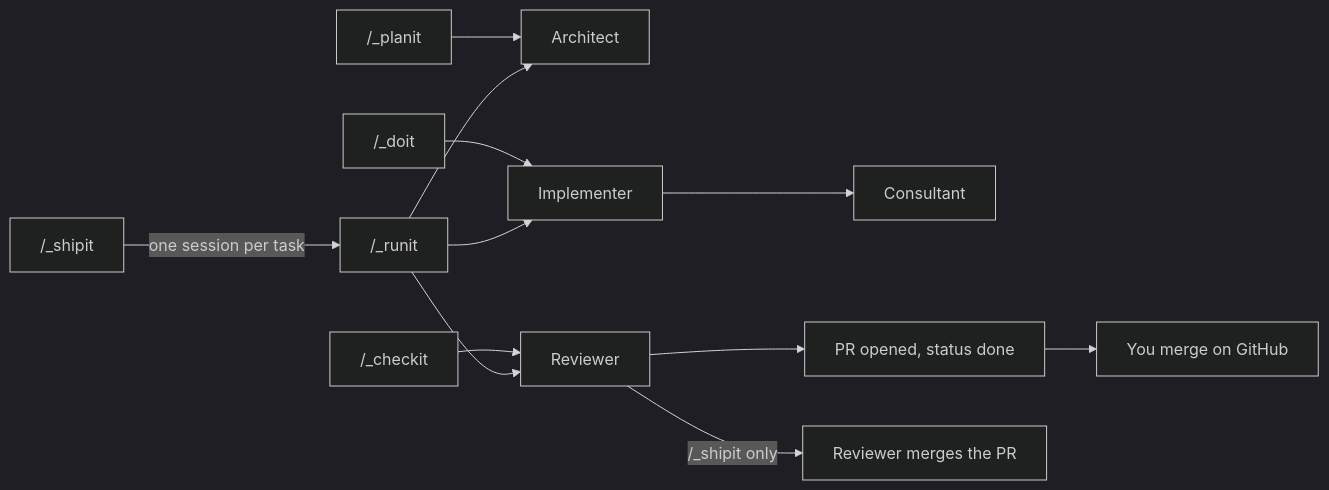
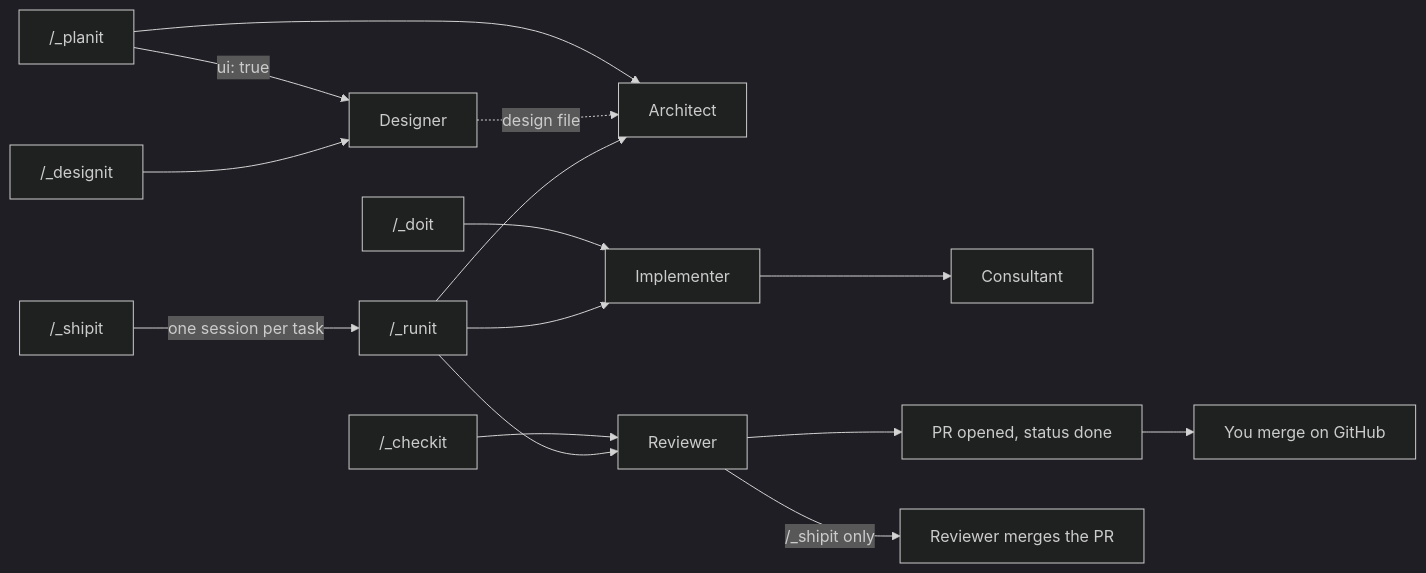
Before and after one commit to meehow-halas/se-harness: the first of 3 diagrams in README.md, drawn with Mermaid (dark theme). The commit also changed other lines of this file, not shown here.

Commit message:
docs: add designit, Designer switch and ux-a11y pack to README

````diff
--- a/README.md
+++ b/README.md
@@ -189,14 +191,17 @@
 ```mermaid
 flowchart LR
   planit["/_planit"] --> architect[Architect]
+  planit -->|"ui: true"| designer[Designer]
+  designit["/_designit"] --> designer
+  designer -.->|design file| architect
   doit["/_doit"] --> implementer[Implementer]
   implementer --> consultant[Consultant]
   checkit["/_checkit"] --> reviewer[Reviewer]
   runit["/_runit"] --> architect
   runit --> implementer
   runit --> reviewer
   reviewer --> prDone["PR opened, status done"]
   prDone --> humanMerge[You merge on GitHub]
   shipit["/_shipit"] -->|one session per task| runit
   reviewer -->|"/_shipit only"| autoMerge[Reviewer merges the PR]
 ```
````
